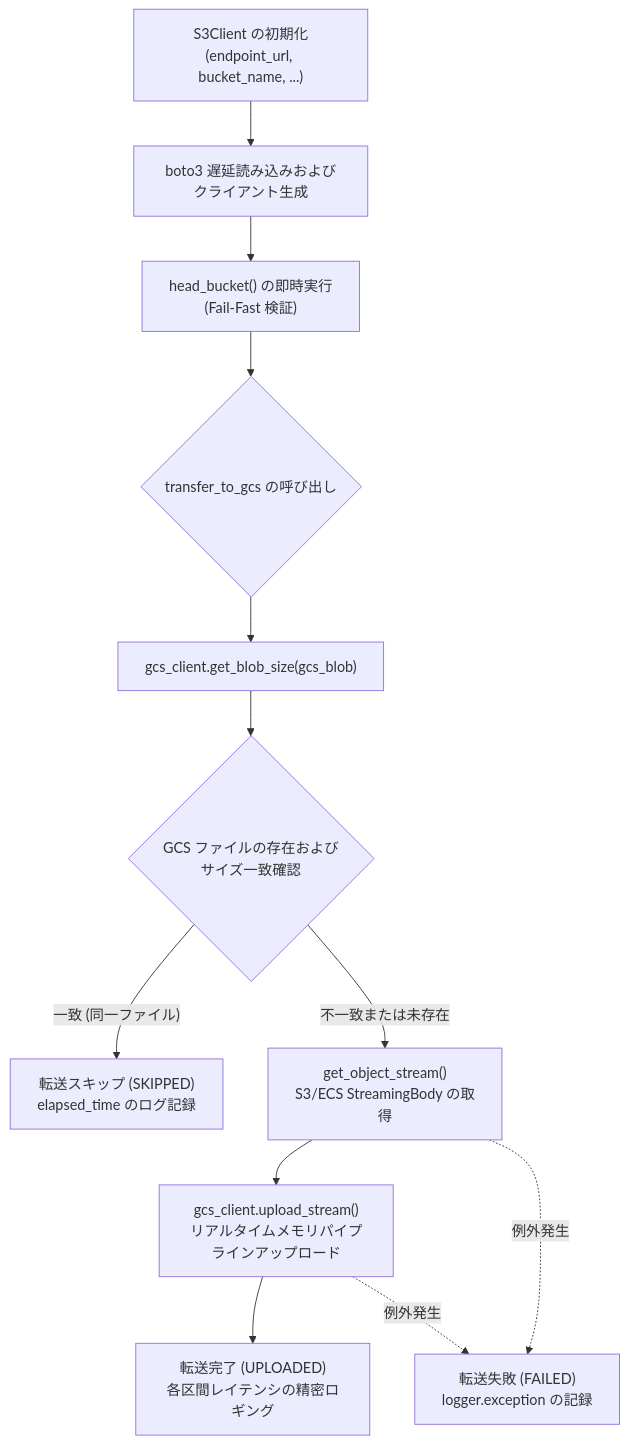
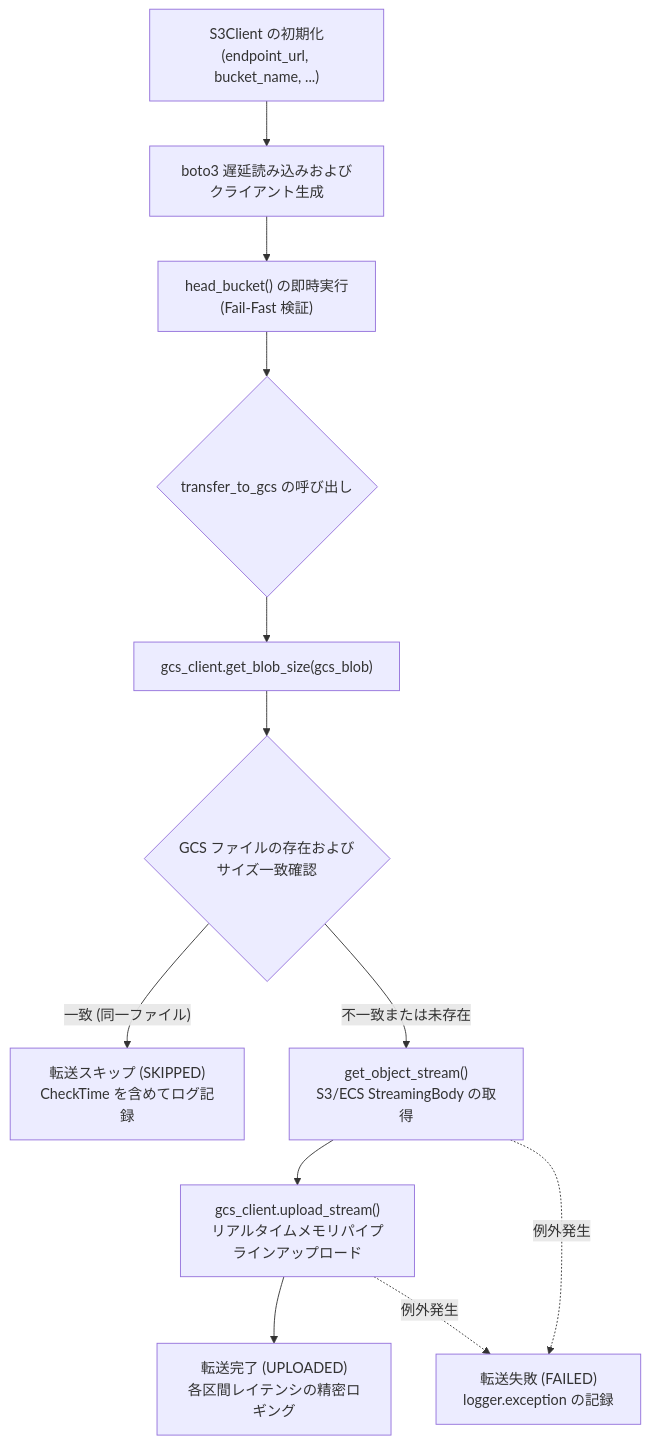
The diagram in manual/ja/clients/01_s3_ecs_storage_client_ja.md (kampores/agent_common), drawn with Mermaid before and after one commit. The commit also changed 19 other files, not shown here.

````diff
--- a/manual/ja/clients/01_s3_ecs_storage_client_ja.md
+++ b/manual/ja/clients/01_s3_ecs_storage_client_ja.md
@@ -25,17 +25,17 @@
 ```mermaid
 flowchart TD
     A["S3Client の初期化<br/>(endpoint_url, bucket_name, ...)"] --> B["boto3 遅延読み込みおよびクライアント生成"]
     B --> C["head_bucket() の即時実行<br/>(Fail-Fast 検証)"]
     
     C --> D{"transfer_to_gcs の呼び出し"}
     D --> E["gcs_client.get_blob_size(gcs_blob)"]
     E --> F{"GCS ファイルの存在および<br/>サイズ一致確認"}
     
-    F -->|"一致 (同一ファイル)"| G["転送スキップ (SKIPPED)<br/>elapsed_time のログ記録"]
+    F -->|"一致 (同一ファイル)"| G["転送スキップ (SKIPPED)<br/>CheckTime を含めてログ記録"]
     F -->|"不一致または未存在"| H["get_object_stream()<br/>S3/ECS StreamingBody の取得"]
     H --> I["gcs_client.upload_stream()<br/>リアルタイムメモリパイプラインアップロード"]
     I --> J["転送完了 (UPLOADED)<br/>各区間レイテンシの精密ロギング"]
     
     H -.->|"例外発生"| K["転送失敗 (FAILED)<br/>logger.exception の記録"]
     I -.->|"例外発生"| K
 ```
````
